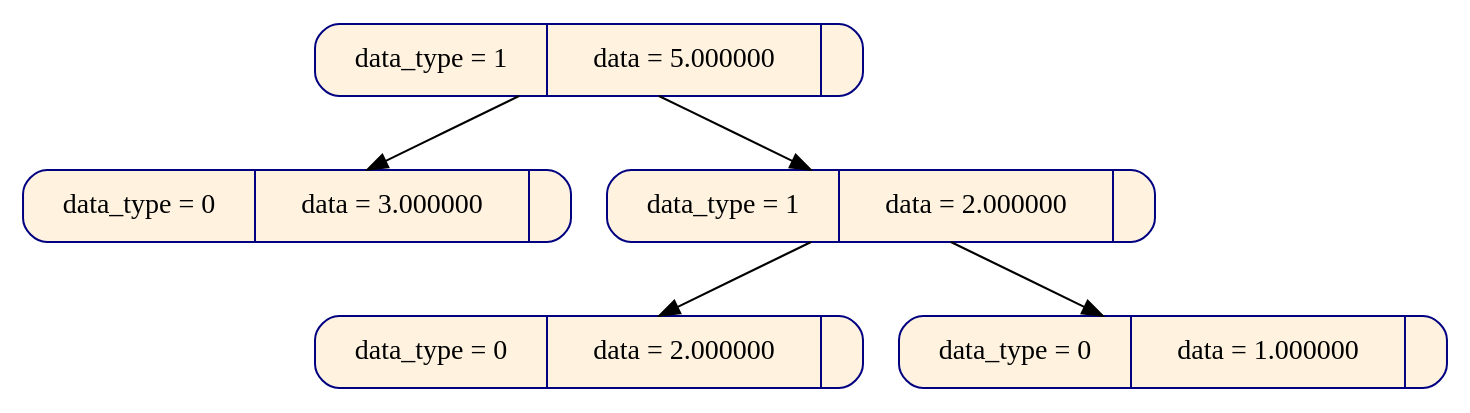
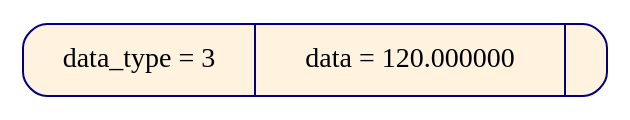
The diagram in diff_tree/gr_dump/diff_tree_6.dot (pupach/diff_tree), drawn with Graphviz before and after one commit. The commit also changed 66 other files, not shown here.

```diff
--- a/diff_tree/gr_dump/diff_tree_6.dot
+++ b/diff_tree/gr_dump/diff_tree_6.dot
@@ -1,13 +1,5 @@
 digraph
 {
 node [shape = Mrecord, color  = "navy", style = "filled"];
-node0x620000000160[label = " data_type = 1 | data = 5.000000 | ", fillcolor = "#fff3e0", rank = 0];
-node0x619000000a80[label = " data_type = 0 | data = 3.000000 | ", fillcolor = "#fff3e0", rank = 1];
-node0x6200000000b8[label = " data_type = 1 | data = 2.000000 | ", fillcolor = "#fff3e0", rank = 1];
-node0x6200000000f0[label = " data_type = 0 | data = 2.000000 | ", fillcolor = "#fff3e0", rank = 2];
-node0x620000000128[label = " data_type = 0 | data = 1.000000 | ", fillcolor = "#fff3e0", rank = 2];
-node0x620000000160 -> node0x619000000a80;
-node0x620000000160 -> node0x6200000000b8;
-node0x6200000000b8 -> node0x6200000000f0;
-node0x6200000000b8 -> node0x620000000128;
+node0x619000000b60[label = " data_type = 3 | data = 120.000000 | ", fillcolor = "#fff3e0", rank = 0];
 }
```
